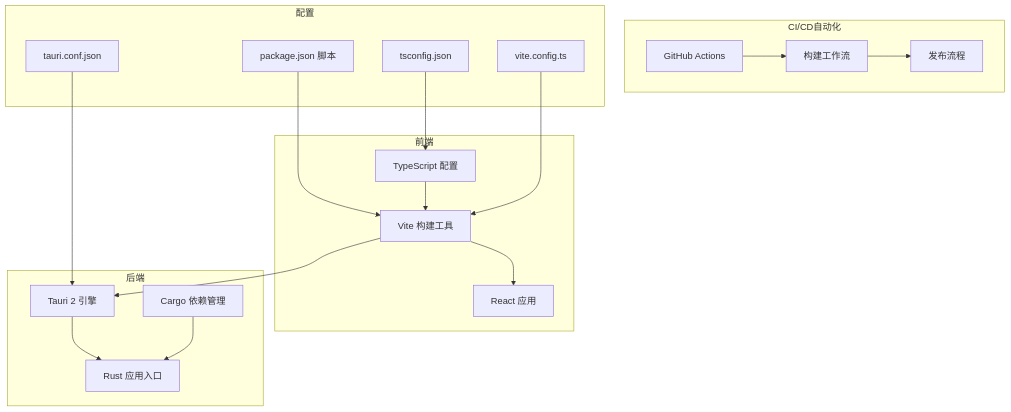
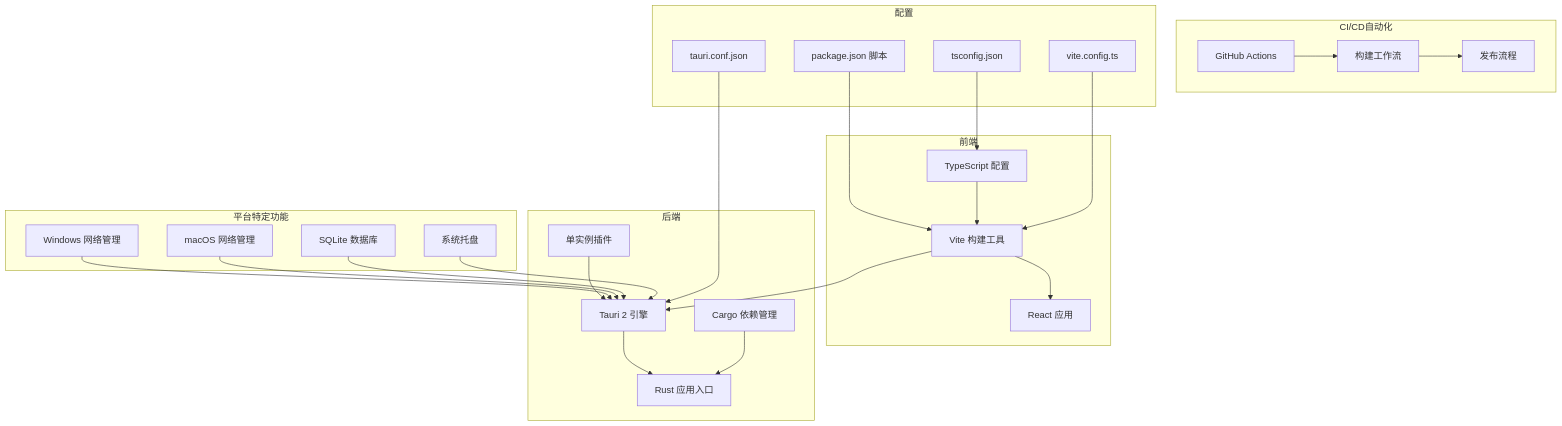
One commit to xdongliang/IPSwitcher changed the first of 3 diagrams in .qoder/repowiki/zh/content/部署指南.md. Above: the diagram before and after it, drawn with Mermaid. The commit also changed other lines of this file and 3 other files, not shown here.

````diff
--- a/.qoder/repowiki/zh/content/部署指南.md
+++ b/.qoder/repowiki/zh/content/部署指南.md
@@ -42,35 +50,47 @@
 ```mermaid
 graph TB
 subgraph "前端"
 Vite["Vite 构建工具"]
 React["React 应用"]
 TS["TypeScript 配置"]
 end
 subgraph "后端"
 Tauri["Tauri 2 引擎"]
 RustApp["Rust 应用入口"]
 Cargo["Cargo 依赖管理"]
+SingleInstance["单实例插件"]
+end
+subgraph "平台特定功能"
+WindowsNet["Windows 网络管理"]
+MacOSNet["macOS 网络管理"]
+SQLiteDB["SQLite 数据库"]
+TrayIcon["系统托盘"]
 end
 subgraph "CI/CD自动化"
 Actions["GitHub Actions"]
 Workflow["构建工作流"]
 Release["发布流程"]
 end
 subgraph "配置"
 Pkg["package.json 脚本"]
 VConf["vite.config.ts"]
 TConf["tauri.conf.json"]
 Cfg["tsconfig.json"]
 end
 Pkg --> Vite
 Vite --> React
 TS --> Vite
 Vite --> Tauri
 Tauri --> RustApp
 Cargo --> RustApp
+SingleInstance --> Tauri
+WindowsNet --> Tauri
+MacOSNet --> Tauri
+SQLiteDB --> Tauri
+TrayIcon --> Tauri
 VConf --> Vite
 TConf --> Tauri
 Cfg --> TS
 Actions --> Workflow
 Workflow --> Release
 ```
````
